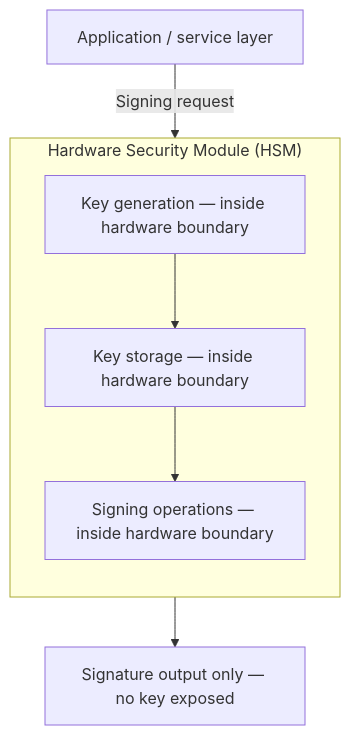
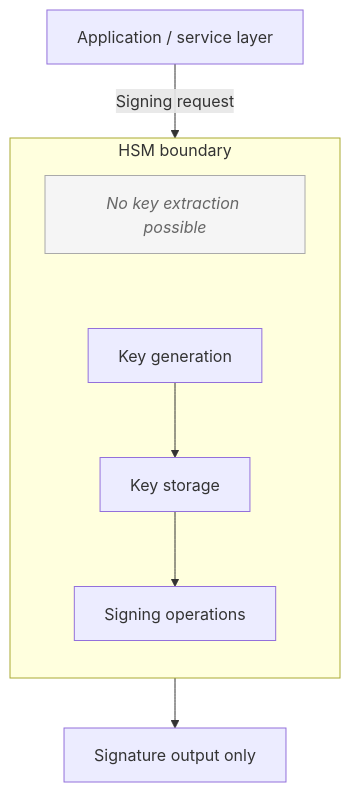
Before and after one commit to CoboGlobal/cobo-agentic-wallet-manual: the second of 2 diagrams in products/agentic-wallet/manual/security/custodial-model.mdx, drawn with Mermaid. The commit also changed other lines of this file and 154 other files, not shown here.

````diff
--- a/products/agentic-wallet/manual/security/custodial-model.mdx
+++ b/products/agentic-wallet/manual/security/custodial-model.mdx
@@ -57,14 +57,16 @@
 ```mermaid
 flowchart TB
-    subgraph hsm ["Hardware Security Module (HSM)"]
+    APP["Application / service layer"]
+    subgraph hsm ["HSM boundary"]
         direction TB
-        KG["Key generation — inside hardware boundary"]
-        KS["Key storage — inside hardware boundary"]
-        SIG["Signing operations — inside hardware boundary"]
-        KG --> KS --> SIG
+        NOTE["No key extraction possible"]:::note
+        KG["Key generation"]
+        KS["Key storage"]
+        SIG["Signing operations"]
+        NOTE ~~~ KG --> KS --> SIG
     end
-    APP["Application / service layer"]
-    OUT["Signature output only — no key exposed"]
+    OUT["Signature output only"]
     APP -->|"Signing request"| hsm
     hsm --> OUT
+    classDef note fill:#f5f5f5,stroke:#aaa,color:#666,font-style:italic
 ```
````
